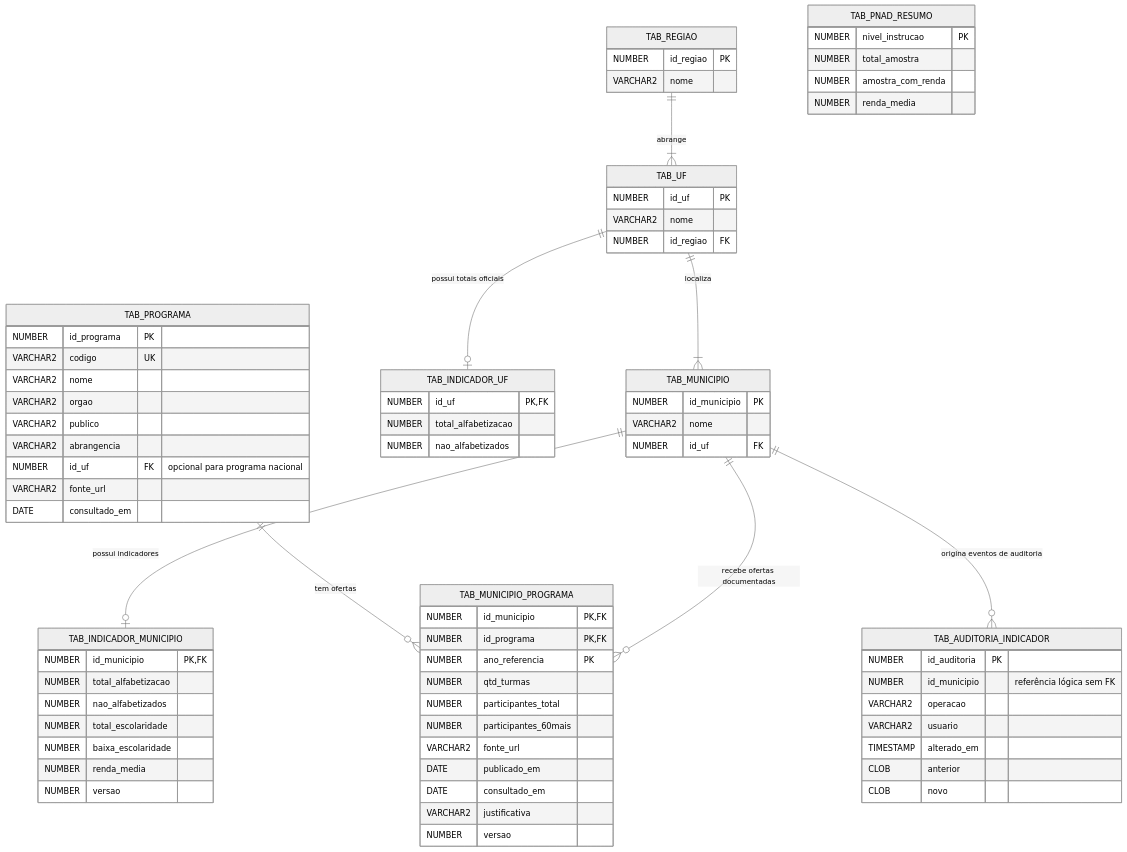
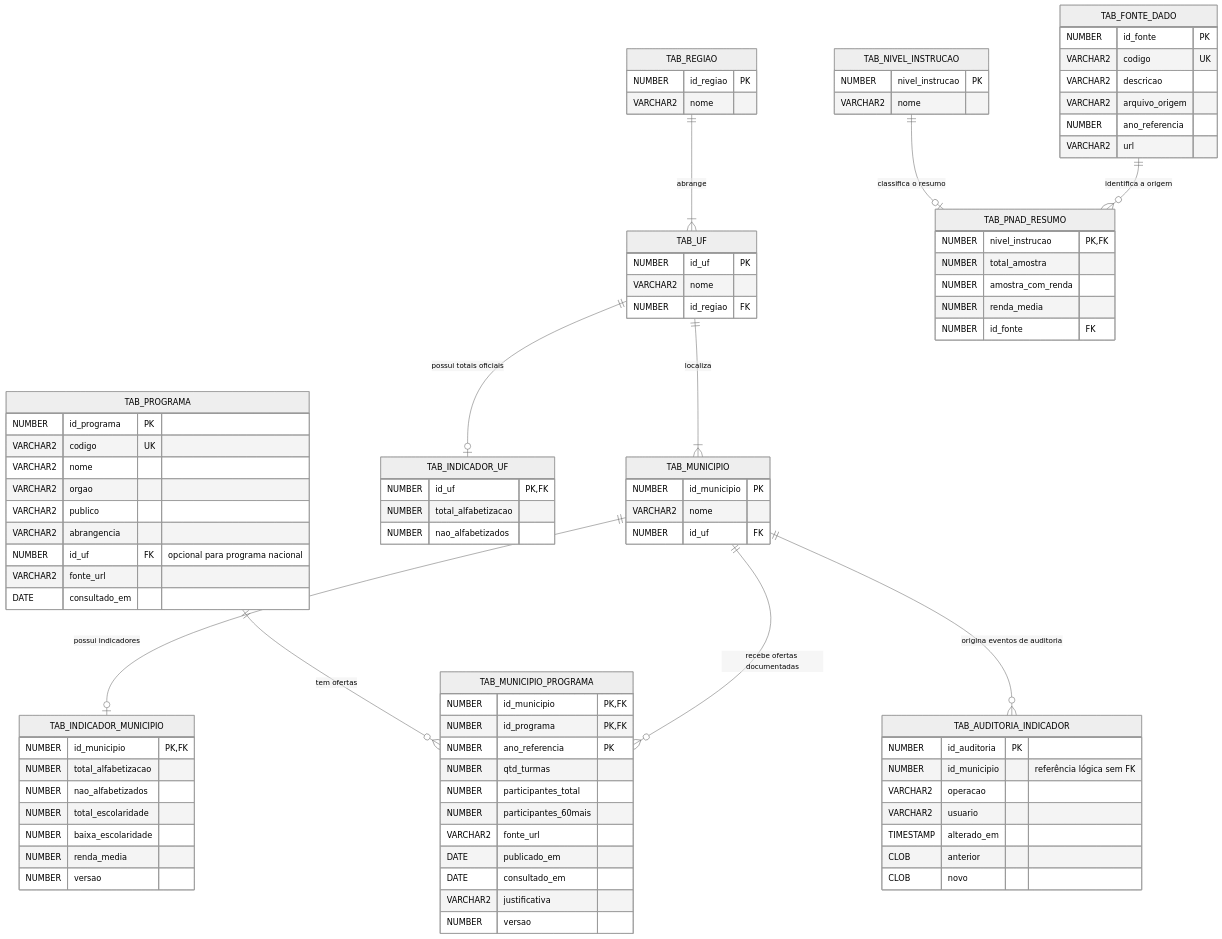
One commit to VTR-46/PROJETO-BDA2 changed the diagram in Oracle/MODELAGEM_MER.md. Above: the diagram before and after it, drawn with Mermaid (neutral theme). The commit also changed other lines of this file and 15 other files, not shown here.

```diff
--- a/Oracle/MODELAGEM_MER.md
+++ b/Oracle/MODELAGEM_MER.md
@@ -13,6 +13,8 @@
     TAB_PROGRAMA ||--o{ TAB_MUNICIPIO_PROGRAMA : "tem ofertas"
     TAB_MUNICIPIO ||--o{ TAB_MUNICIPIO_PROGRAMA : "recebe ofertas documentadas"
     TAB_MUNICIPIO ||--o{ TAB_AUDITORIA_INDICADOR : "origina eventos de auditoria"
+    TAB_NIVEL_INSTRUCAO ||--o| TAB_PNAD_RESUMO : "classifica o resumo"
+    TAB_FONTE_DADO ||--o{ TAB_PNAD_RESUMO : "identifica a origem"
 
     TAB_REGIAO {
         NUMBER id_regiao PK
@@ -38,10 +40,23 @@
         NUMBER versao
     }
     TAB_PNAD_RESUMO {
-        NUMBER nivel_instrucao PK
+        NUMBER nivel_instrucao PK, FK
         NUMBER total_amostra
         NUMBER amostra_com_renda
         NUMBER renda_media
+        NUMBER id_fonte FK
+    }
+    TAB_NIVEL_INSTRUCAO {
+        NUMBER nivel_instrucao PK
+        VARCHAR2 nome
+    }
+    TAB_FONTE_DADO {
+        NUMBER id_fonte PK
+        VARCHAR2 codigo UK
+        VARCHAR2 descricao
+        VARCHAR2 arquivo_origem
+        NUMBER ano_referencia
+        VARCHAR2 url
     }
     TAB_INDICADOR_UF {
         NUMBER id_uf PK, FK
```
